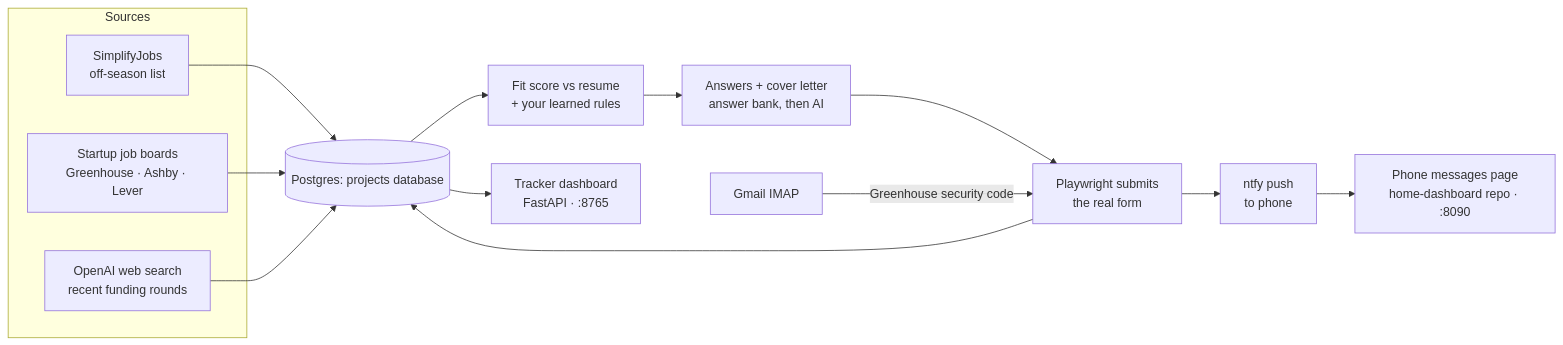
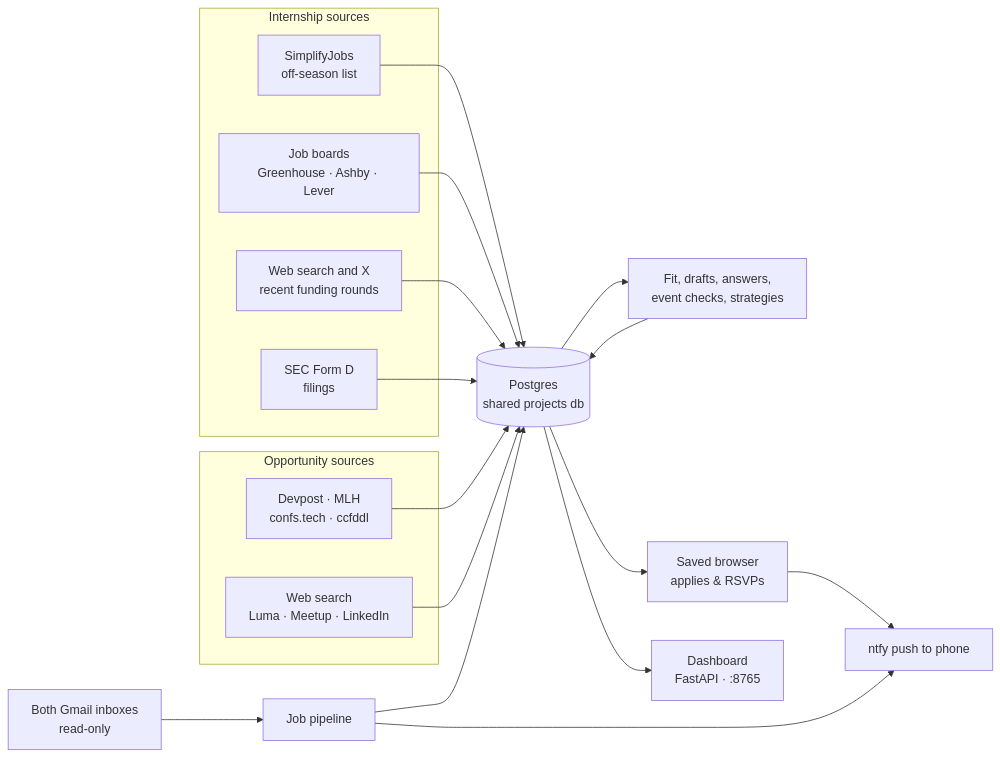
One commit to aaravhmodi/intern-agent changed the diagram in README.md. Above: the diagram before and after it, drawn with Mermaid. The commit also changed other lines of this file and 6 other files, not shown here.

````diff
--- a/README.md
+++ b/README.md
@@ -68,17 +79,21 @@
 ```mermaid
 flowchart LR
-  subgraph Sources
+  subgraph Internship sources
     SIM[SimplifyJobs<br/>off-season list]
-    BOARDS[Startup job boards<br/>Greenhouse · Ashby · Lever]
-    WEB[OpenAI web search<br/>recent funding rounds]
+    BOARDS[Job boards<br/>Greenhouse · Ashby · Lever]
+    WEB[Web search and X<br/>recent funding rounds]
+    FORMD[SEC Form D<br/>filings]
   end
-  SIM & BOARDS & WEB --> STORE[(Postgres: projects database)]
-  STORE --> SCORE[Fit score vs resume<br/>+ your learned rules]
-  SCORE --> PREP[Answers + cover letter<br/>answer bank, then AI]
-  PREP --> SUBMIT[Playwright submits<br/>the real form]
-  GMAIL[Gmail IMAP] -- Greenhouse security code --> SUBMIT
-  SUBMIT --> STORE
-  STORE --> DASH[Tracker dashboard<br/>FastAPI · :8765]
-  SUBMIT --> NTFY[ntfy push<br/>to phone]
-  NTFY --> MSGS[Phone messages page<br/>home-dashboard repo · :8090]
+  subgraph Opportunity sources
+    FEEDS[Devpost · MLH<br/>confs.tech · ccfddl]
+    EVENTS[Web search<br/>Luma · Meetup · LinkedIn]
+  end
+  SIM & BOARDS & WEB & FORMD & FEEDS & EVENTS --> STORE[(Postgres<br/>shared projects db)]
+  STORE --> AI[Fit, drafts, answers,<br/>event checks, strategies]
+  AI --> STORE
+  STORE --> BROWSER[Saved browser<br/>applies & RSVPs]
+  GMAIL[Both Gmail inboxes<br/>read-only] --> PIPE[Job pipeline]
+  PIPE --> STORE
+  STORE --> DASH[Dashboard<br/>FastAPI · :8765]
+  BROWSER & PIPE --> NTFY[ntfy push to phone]
 ```
````
